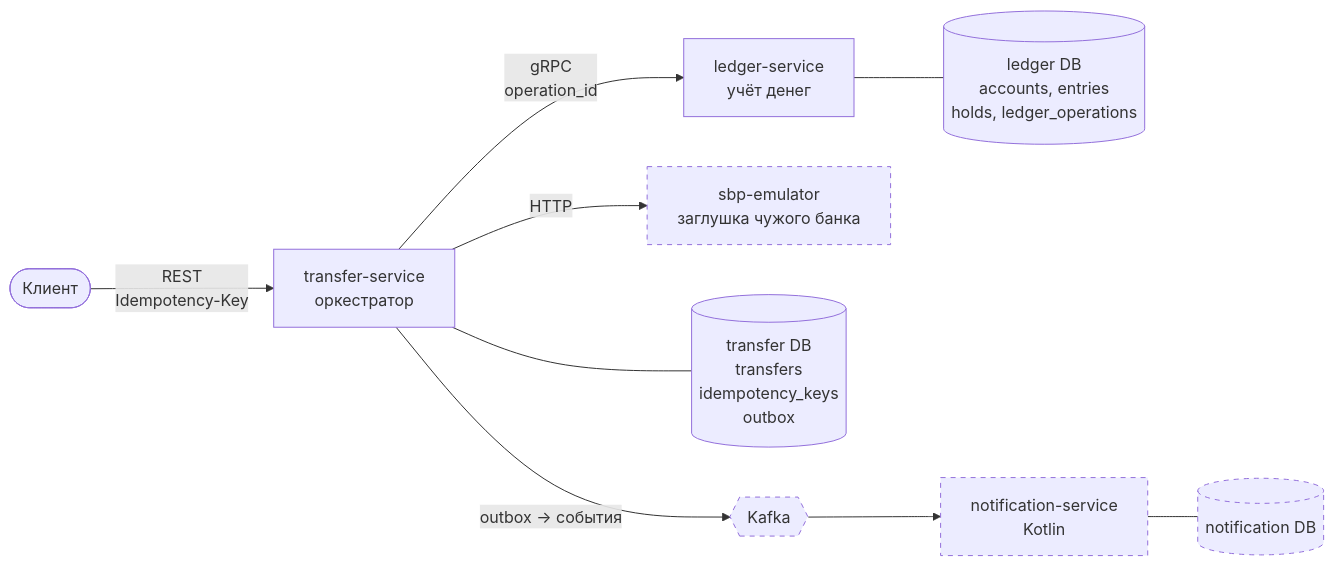
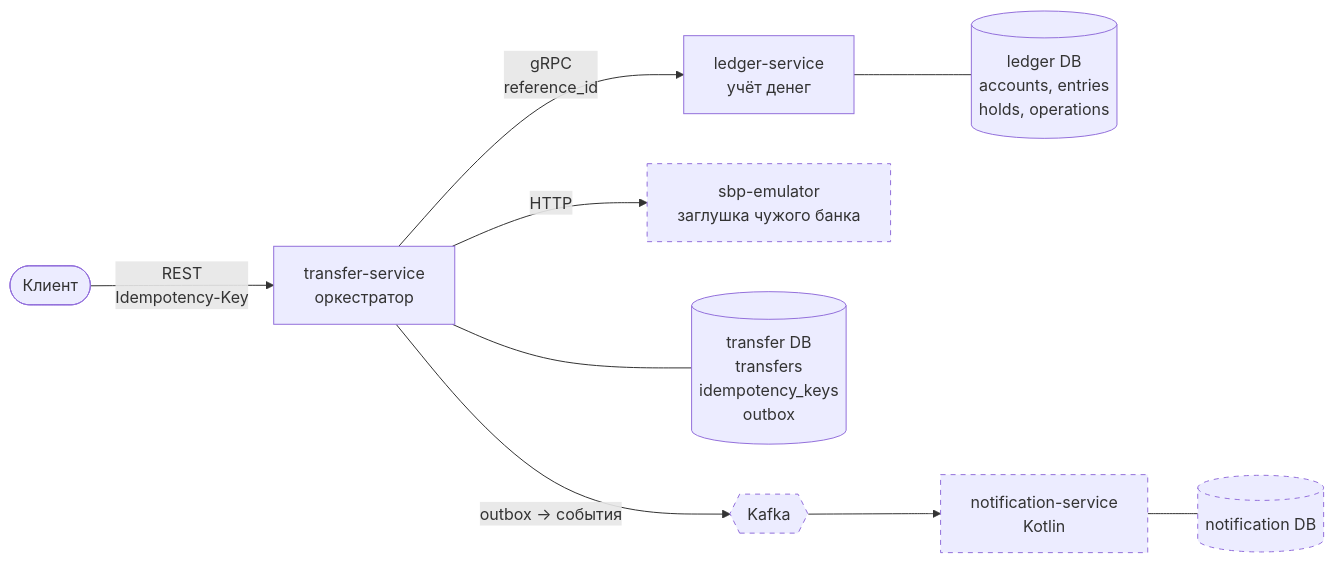
Before and after one commit to HeLeha282/transfers: the second of 6 diagrams in docs/design-doc.md, drawn with Mermaid. The commit also changed other lines of this file and 3 other files, not shown here.

````diff
--- a/docs/design-doc.md
+++ b/docs/design-doc.md
@@ -48,14 +48,14 @@
 ```mermaid
 flowchart LR
     C([Клиент]) -->|REST<br/>Idempotency-Key| T[transfer-service<br/>оркестратор]
-    T -->|gRPC<br/>operation_id| L[ledger-service<br/>учёт денег]
+    T -->|gRPC<br/>reference_id| L[ledger-service<br/>учёт денег]
     T -->|HTTP| S[sbp-emulator<br/>заглушка чужого банка]
     T --- TDB[(transfer DB<br/>transfers<br/>idempotency_keys<br/>outbox)]
-    L --- LDB[(ledger DB<br/>accounts, entries<br/>holds, ledger_operations)]
+    L --- LDB[(ledger DB<br/>accounts, entries<br/>holds, operations)]
     T -->|outbox → события| K{{Kafka}}
     K --> N[notification-service<br/>Kotlin]
     N --- NDB[(notification DB)]
 
     classDef later stroke-dasharray: 5 5
     class S,K,N,NDB later
 ```
````
